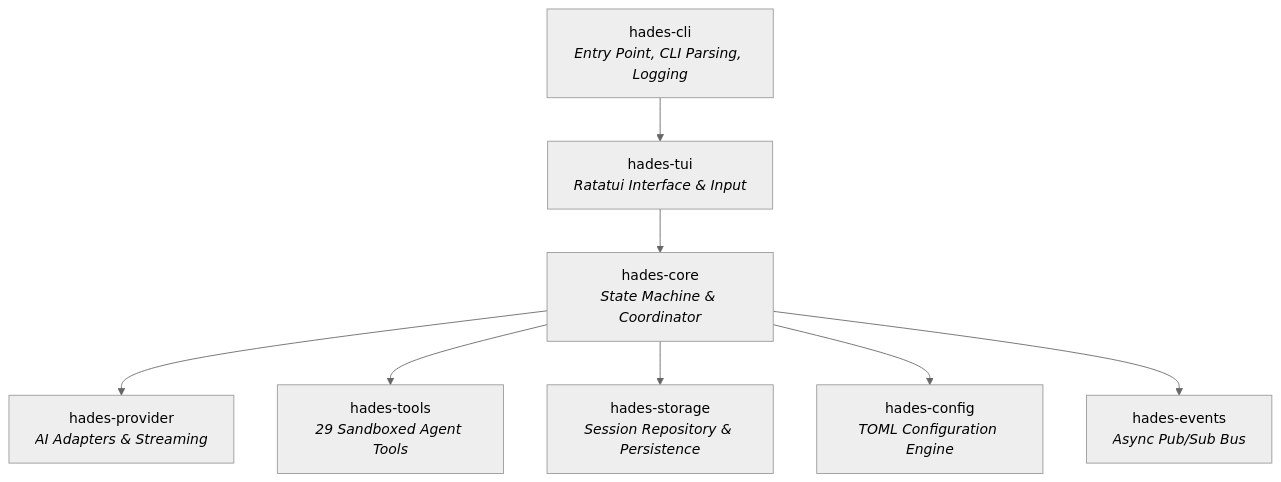
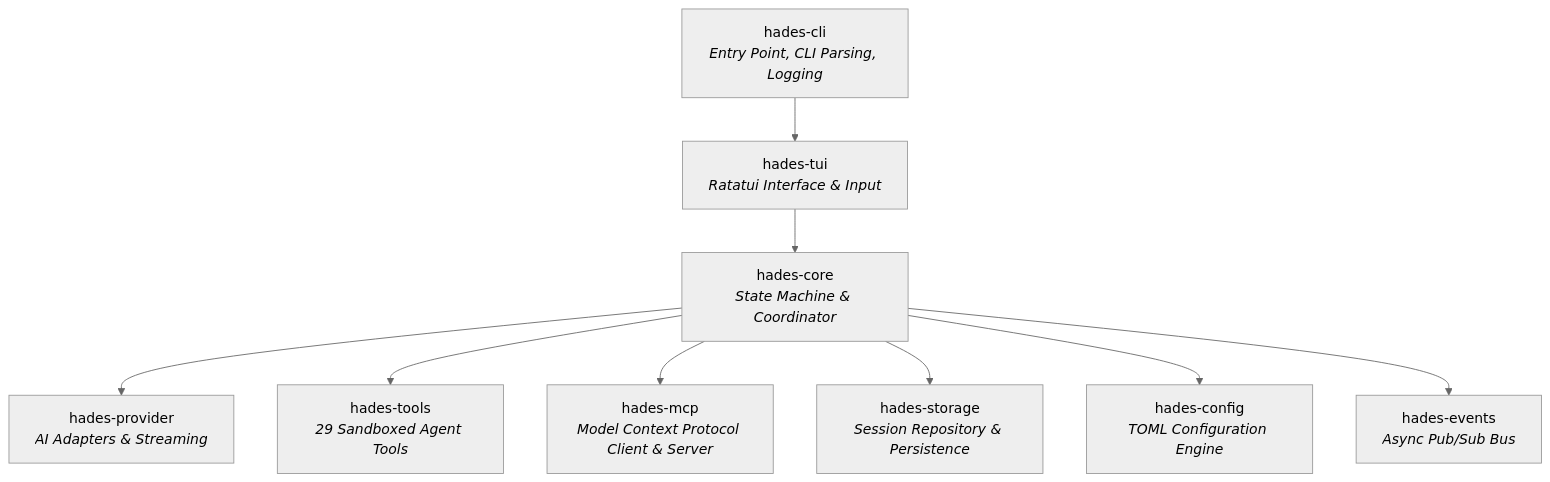
Before and after one commit to PareekshithPalat/HADES_CLI: the diagram in README.md, drawn with Mermaid (neutral theme). The commit also changed other lines of this file and 23 other files, not shown here.

Commit message:
feat(mcp): implement Phase 4 Model Context Protocol client, server, and manager

````diff
--- a/README.md
+++ b/README.md
@@ -74,10 +74,11 @@
 ```mermaid
 graph TD
     CLI[hades-cli<br/><i>Entry Point, CLI Parsing, Logging</i>] --> TUI[hades-tui<br/><i>Ratatui Interface & Input</i>]
     TUI --> CORE[hades-core<br/><i>State Machine & Coordinator</i>]
     CORE --> PROVIDER[hades-provider<br/><i>AI Adapters & Streaming</i>]
     CORE --> TOOLS[hades-tools<br/><i>29 Sandboxed Agent Tools</i>]
+    CORE --> MCP[hades-mcp<br/><i>Model Context Protocol Client & Server</i>]
     CORE --> STORAGE[hades-storage<br/><i>Session Repository & Persistence</i>]
     CORE --> CONFIG[hades-config<br/><i>TOML Configuration Engine</i>]
     CORE --> EVENTS[hades-events<br/><i>Async Pub/Sub Bus</i>]
 ```
````
